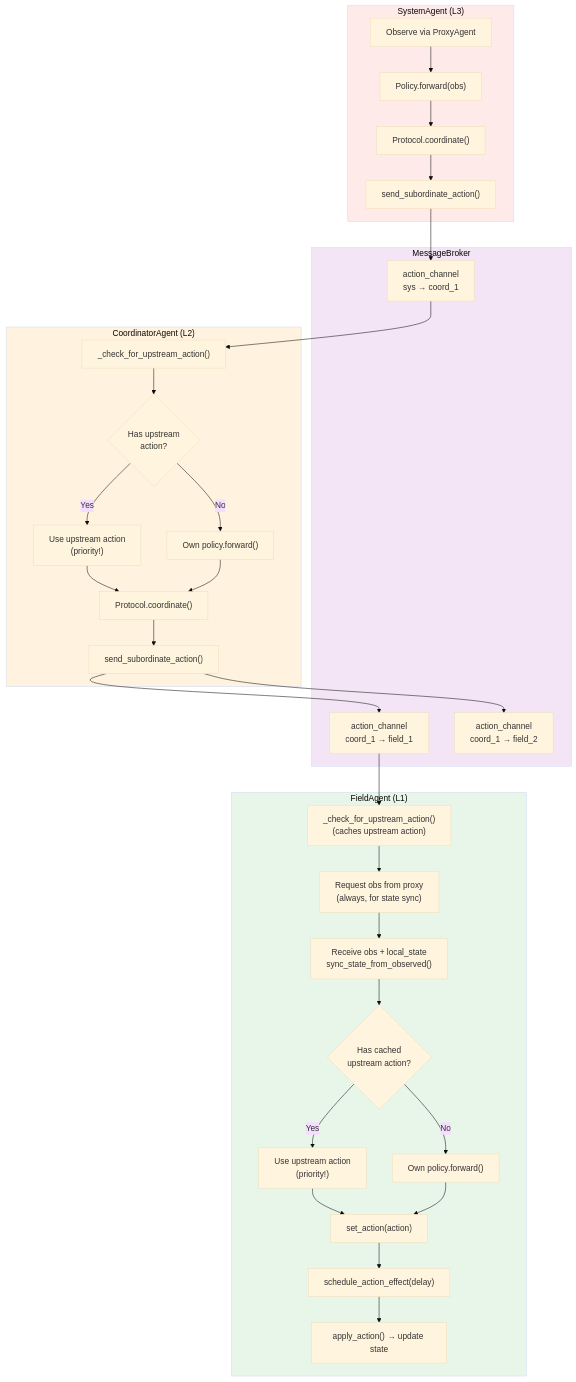
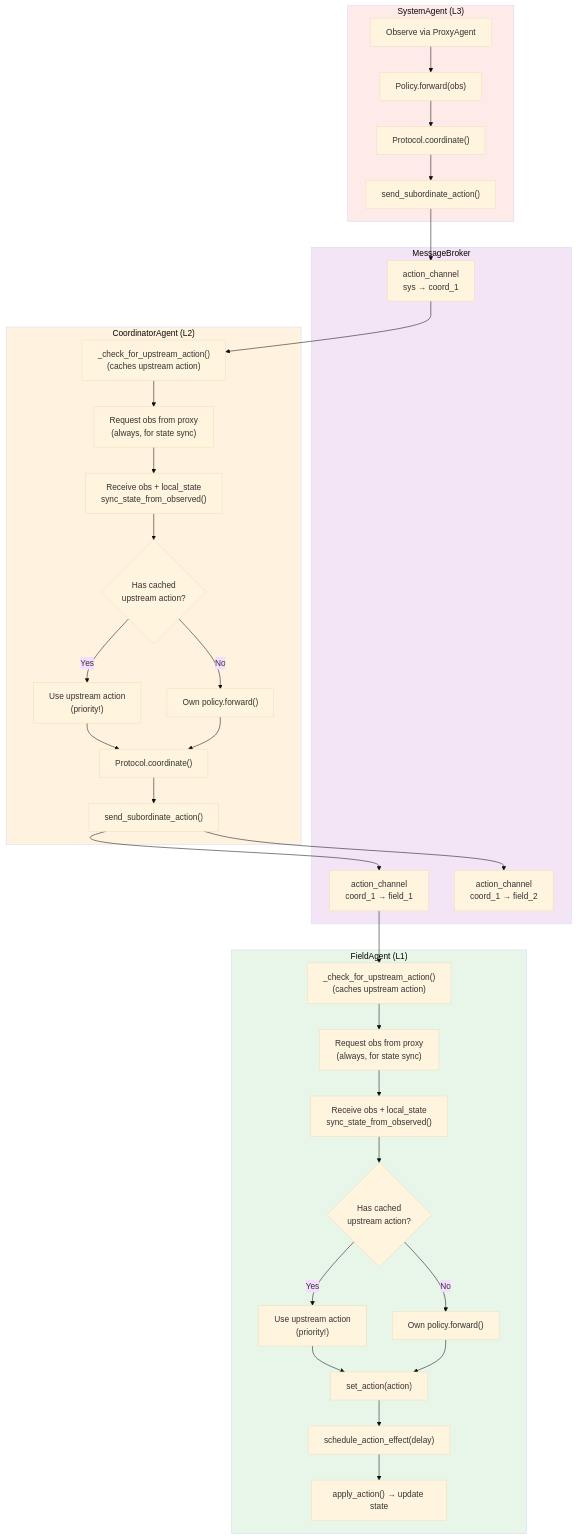
The sixth of 14 diagrams in docs/design/HERON_FLOW_DIAGRAMS.md (Criss-Wang/PowerGym), drawn with Mermaid (base theme) before and after one commit. The commit also changed other lines of this file and 7 other files, not shown here.

````diff
--- a/docs/design/HERON_FLOW_DIAGRAMS.md
+++ b/docs/design/HERON_FLOW_DIAGRAMS.md
@@ -303,57 +337,59 @@
 ```mermaid
 flowchart TD
     subgraph SystemAgent["SystemAgent (L3)"]
         S_OBS["Observe via ProxyAgent"]
         S_POL["Policy.forward(obs)"]
         S_COORD["Protocol.coordinate()"]
         S_SEND["send_subordinate_action()"]
 
         S_OBS --> S_POL --> S_COORD --> S_SEND
     end
 
     subgraph Broker["MessageBroker"]
         ACH1["action_channel<br/>sys → coord_1"]
         ACH2["action_channel<br/>coord_1 → field_1"]
         ACH3["action_channel<br/>coord_1 → field_2"]
     end
 
     subgraph CoordinatorAgent["CoordinatorAgent (L2)"]
-        C_CHECK["_check_for_upstream_action()"]
-        C_DECIDE{Has upstream<br/>action?}
+        C_CHECK["_check_for_upstream_action()<br/>(caches upstream action)"]
+        C_SYNC["Request obs from proxy<br/>(always, for state sync)"]
+        C_RECV["Receive obs + local_state<br/>sync_state_from_observed()"]
+        C_DECIDE{Has cached<br/>upstream action?}
         C_USE["Use upstream action<br/>(priority!)"]
         C_OWN["Own policy.forward()"]
         C_COORD["Protocol.coordinate()"]
         C_SEND["send_subordinate_action()"]
 
-        C_CHECK --> C_DECIDE
+        C_CHECK --> C_SYNC --> C_RECV --> C_DECIDE
         C_DECIDE -->|Yes| C_USE --> C_COORD --> C_SEND
         C_DECIDE -->|No| C_OWN --> C_COORD
     end
 
     subgraph FieldAgent["FieldAgent (L1)"]
         F_CHECK["_check_for_upstream_action()<br/>(caches upstream action)"]
         F_SYNC["Request obs from proxy<br/>(always, for state sync)"]
         F_RECV["Receive obs + local_state<br/>sync_state_from_observed()"]
         F_DECIDE{Has cached<br/>upstream action?}
         F_USE["Use upstream action<br/>(priority!)"]
         F_OWN["Own policy.forward()"]
         F_SET["set_action(action)"]
         F_EFFECT["schedule_action_effect(delay)"]
         F_APPLY["apply_action() → update state"]
 
         F_CHECK --> F_SYNC --> F_RECV --> F_DECIDE
         F_DECIDE -->|Yes| F_USE --> F_SET --> F_EFFECT --> F_APPLY
         F_DECIDE -->|No| F_OWN --> F_SET
     end
 
     S_SEND --> ACH1
     ACH1 --> C_CHECK
     C_SEND --> ACH2
     C_SEND --> ACH3
     ACH2 --> F_CHECK
 
     style SystemAgent fill:#ffeaea
     style CoordinatorAgent fill:#fff3e0
     style FieldAgent fill:#e8f5e9
     style Broker fill:#f3e5f5
 ```
````
